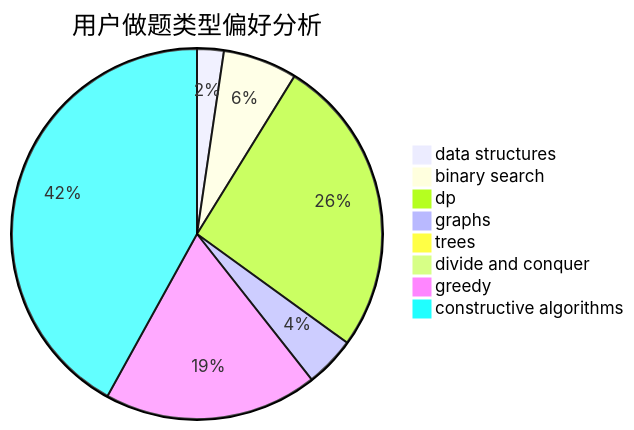
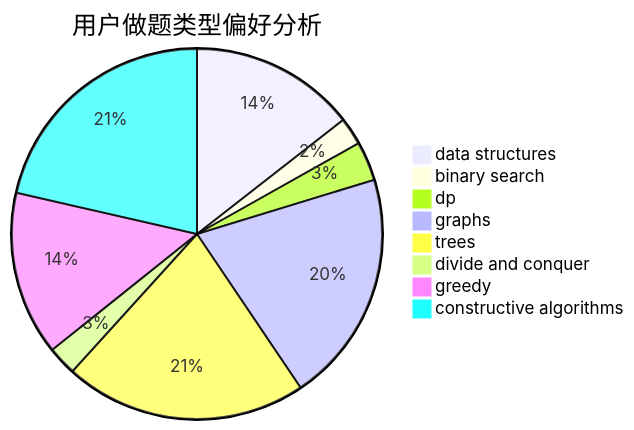
Before and after one commit to sherpahu/cfrs.github.io: the second of 3 diagrams in docs/user/u316.md, drawn with Mermaid. The commit also changed other lines of this file and 2770 other files, not shown here.

````diff
--- a/docs/user/u316.md
+++ b/docs/user/u316.md
@@ -23,11 +23,11 @@
 ```mermaid
 pie title 用户做题类型偏好分析
-    "data structures" :  9
-    "binary search" :  25
-    "dp" :  101
-    "graphs" :  17
-    "trees" :  3
-    "divide and conquer" :  0
-    "greedy" :  72
-    "constructive algorithms" :  162
+    "data structures" :  114
+    "binary search" :  19
+    "dp" :  27
+    "graphs" :  160
+    "trees" :  167
+    "divide and conquer" :  20
+    "greedy" :  113
+    "constructive algorithms" :  169
 ```
````
